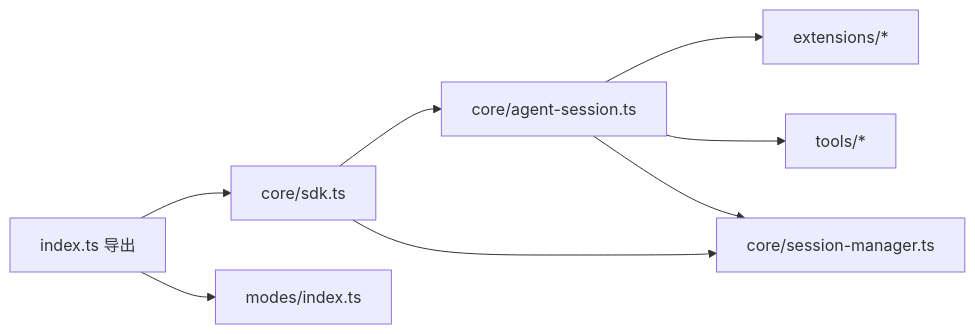
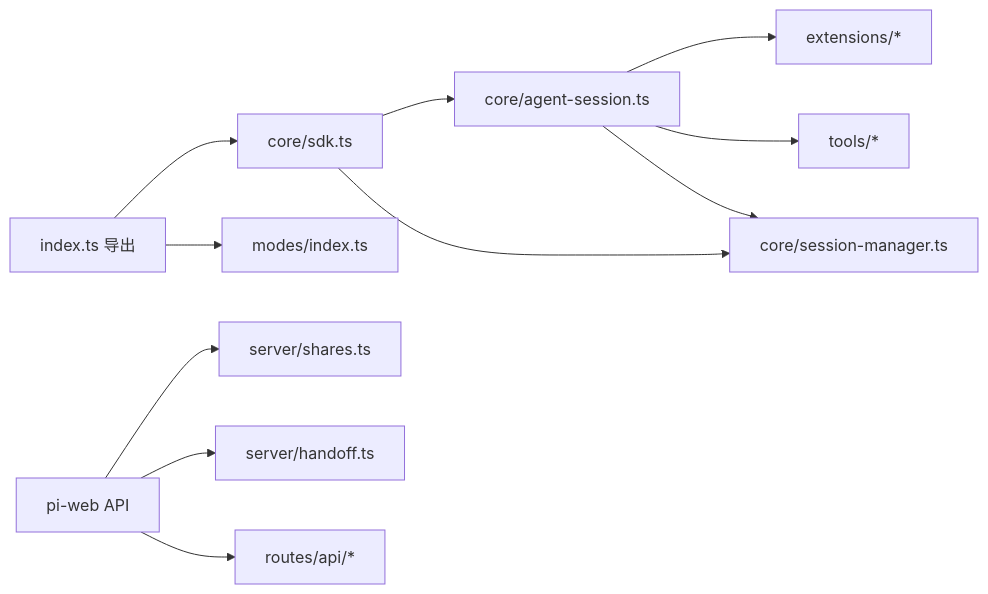
The sixth of 6 diagrams in .qoder/repowiki/zh/content/SDK API 参考/SDK API 参考.md (FDE-GROUP/oh-my-coding-agent), drawn with Mermaid before and after one commit. The commit also changed other lines of this file and 410 other files, not shown here.

````diff
--- a/.qoder/repowiki/zh/content/SDK API 参考/SDK API 参考.md
+++ b/.qoder/repowiki/zh/content/SDK API 参考/SDK API 参考.md
@@ -314,10 +499,13 @@
 ```mermaid
 graph LR
 IDX["index.ts 导出"] --> SDK["core/sdk.ts"]
 IDX --> MODES["modes/index.ts"]
 SDK --> AS["core/agent-session.ts"]
 SDK --> SM["core/session-manager.ts"]
 AS --> EXT["extensions/*"]
 AS --> TOOLS["tools/*"]
 AS --> SM
+WEB["pi-web API"] --> SHARES["server/shares.ts"]
+WEB --> HANDOFF["server/handoff.ts"]
+WEB --> ROUTES["routes/api/*"]
 ```
````
